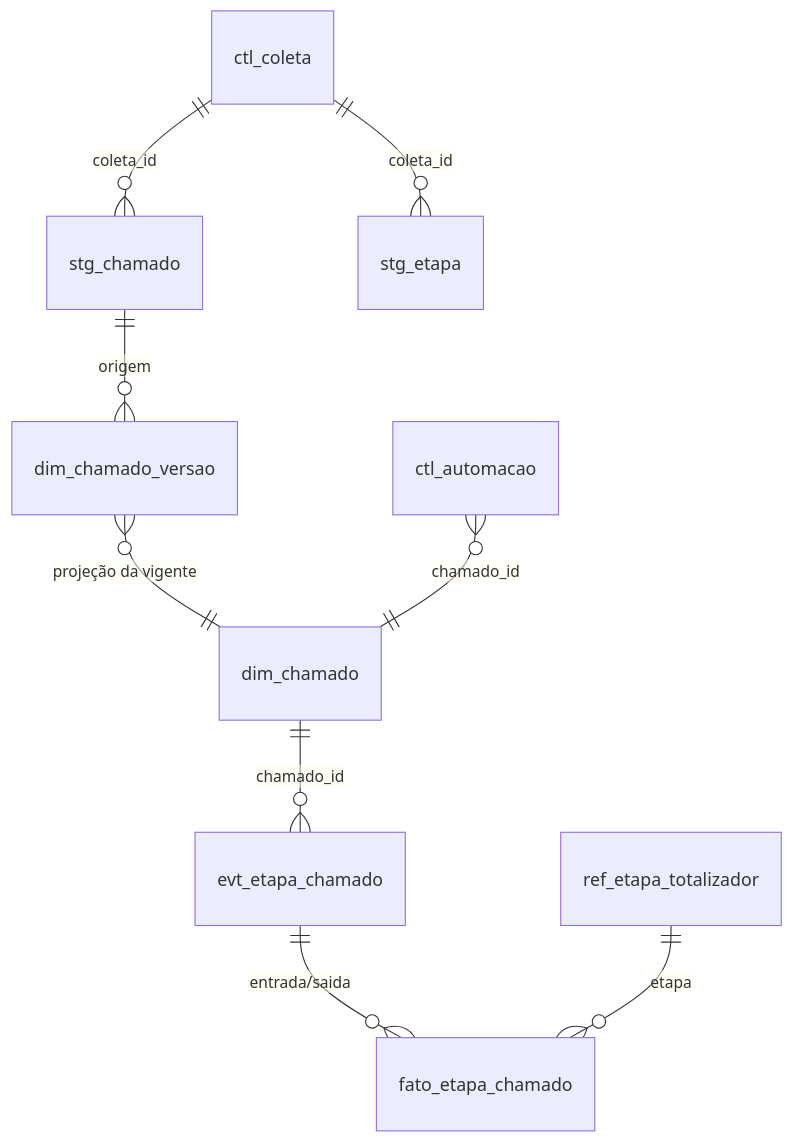
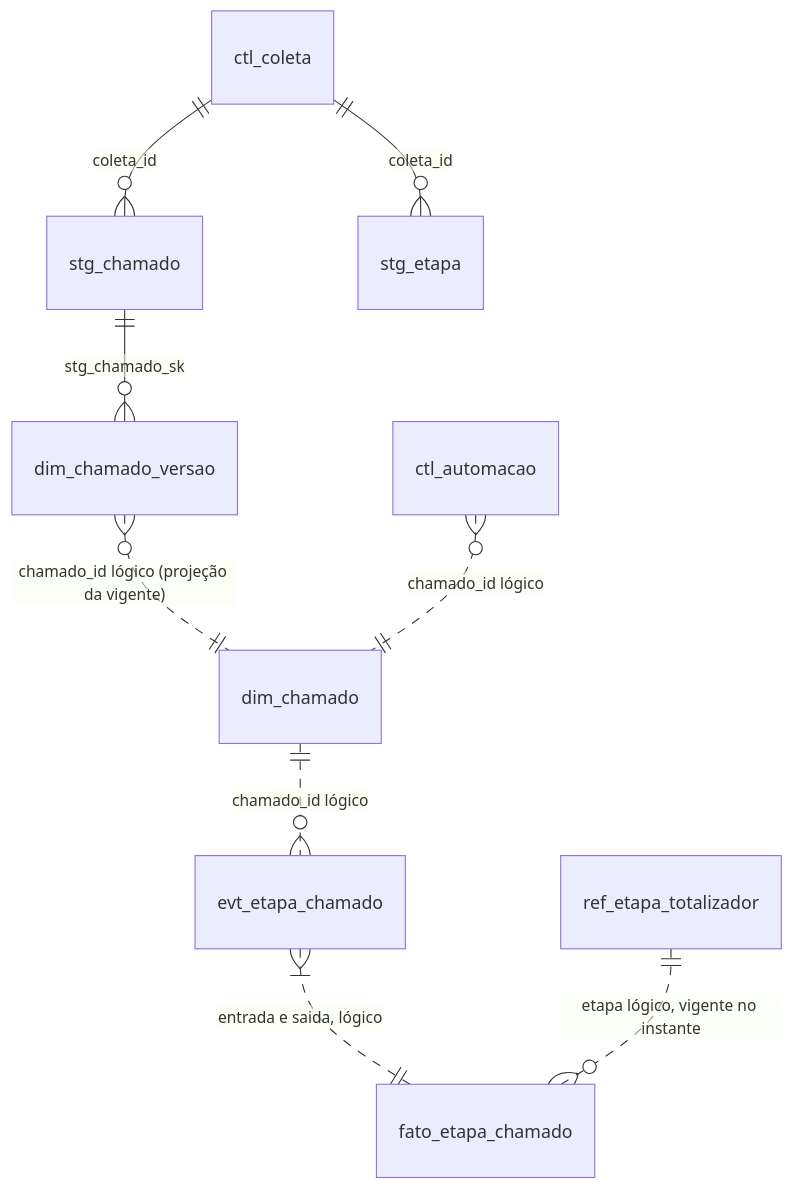
Before and after one commit to rodrigo-isensee/MetricasDSPD: the second of 2 diagrams in docs/architecture/data-model.md, drawn with Mermaid. The commit also changed other lines of this file and 4 other files, not shown here.

````diff
--- a/docs/architecture/data-model.md
+++ b/docs/architecture/data-model.md
@@ -98,11 +101,11 @@
 ```mermaid
 erDiagram
   ctl_coleta ||--o{ stg_chamado : coleta_id
   ctl_coleta ||--o{ stg_etapa : coleta_id
-  stg_chamado ||--o{ dim_chamado_versao : origem
-  dim_chamado_versao }o--|| dim_chamado : "projeção da vigente"
-  dim_chamado ||--o{ evt_etapa_chamado : chamado_id
-  evt_etapa_chamado ||--o{ fato_etapa_chamado : "entrada/saida"
-  ref_etapa_totalizador ||--o{ fato_etapa_chamado : etapa
-  ctl_automacao }o--|| dim_chamado : chamado_id
+  stg_chamado ||--o{ dim_chamado_versao : stg_chamado_sk
+  dim_chamado_versao }o..|| dim_chamado : "chamado_id lógico (projeção da vigente)"
+  dim_chamado ||..o{ evt_etapa_chamado : "chamado_id lógico"
+  evt_etapa_chamado }|..|| fato_etapa_chamado : "entrada e saida, lógico"
+  ref_etapa_totalizador ||..o{ fato_etapa_chamado : "etapa lógico, vigente no instante"
+  ctl_automacao }o..|| dim_chamado : "chamado_id lógico"
 ```
````
